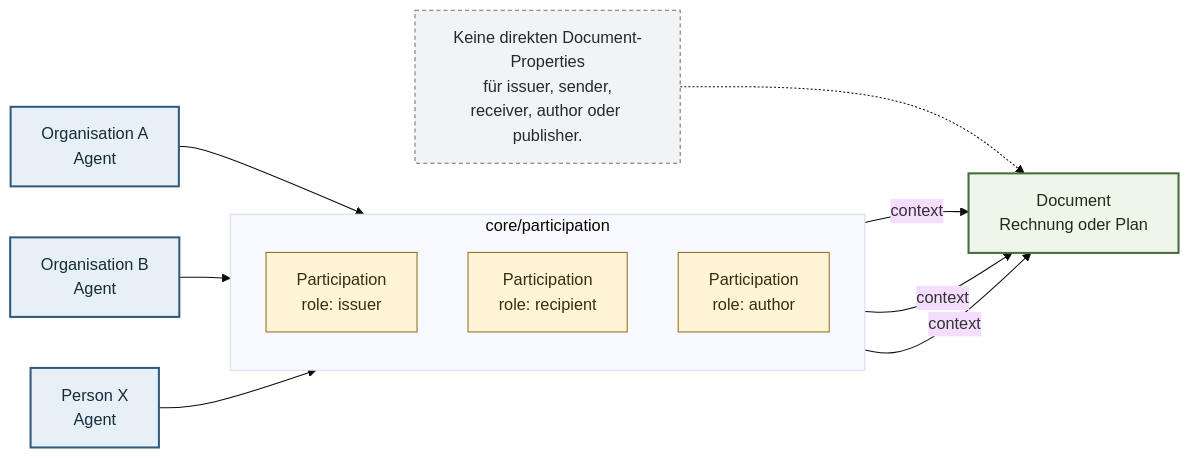
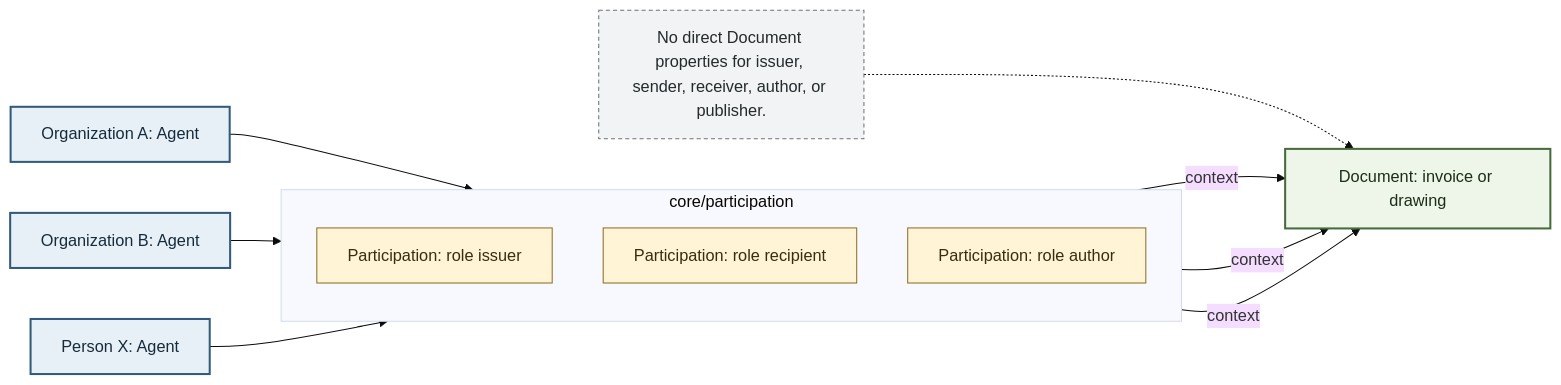
The fourth of 5 diagrams in modules/core/document/docs/diagrams/document-concept-model.md (project-construct-x/constructx-ontologies), drawn with Mermaid (base theme) before and after one commit. The commit also changed other lines of this file and 230 other files, not shown here.

````diff
--- a/modules/core/document/docs/diagrams/document-concept-model.md
+++ b/modules/core/document/docs/diagrams/document-concept-model.md
@@ -102,35 +100,35 @@
 ```mermaid
 flowchart LR
-    AgentA["Organisation A<br/>Agent"]
-    AgentB["Organisation B<br/>Agent"]
-    PersonX["Person X<br/>Agent"]
+    AgentA["Organization A: Agent"]
+    AgentB["Organization B: Agent"]
+    PersonX["Person X: Agent"]
 
     subgraph PART["core/participation"]
         direction TB
-        Issuer["Participation<br/>role: issuer"]
-        Recipient["Participation<br/>role: recipient"]
-        Author["Participation<br/>role: author"]
+        Issuer["Participation: role issuer"]
+        Recipient["Participation: role recipient"]
+        Author["Participation: role author"]
     end
 
-    Document["Document<br/>Rechnung oder Plan"]
+    Document["Document: invoice or drawing"]
 
     AgentA --> Issuer
     AgentB --> Recipient
     PersonX --> Author
     Issuer -->|"context"| Document
     Recipient -->|"context"| Document
     Author -->|"context"| Document
 
-    NoProps["Keine direkten Document-Properties<br/>für issuer, sender,<br/>receiver, author oder publisher."]
+    NoProps["No direct Document properties for issuer, sender, receiver, author, or publisher."]
     NoProps -.-> Document
 
     classDef agent fill:#e7f0f7,stroke:#315b7d,color:#172b3a,stroke-width:2px;
     classDef part fill:#fff4d6,stroke:#8c6d1f,color:#392d0e;
     classDef doc fill:#edf6e9,stroke:#466b3c,color:#1d2d19,stroke-width:2px;
     classDef note fill:#f1f3f4,stroke:#6b747a,color:#252a2d,stroke-dasharray:4 3;
 
     class AgentA,AgentB,PersonX agent;
     class Issuer,Recipient,Author part;
     class Document doc;
     class NoProps note;
 ```
````
